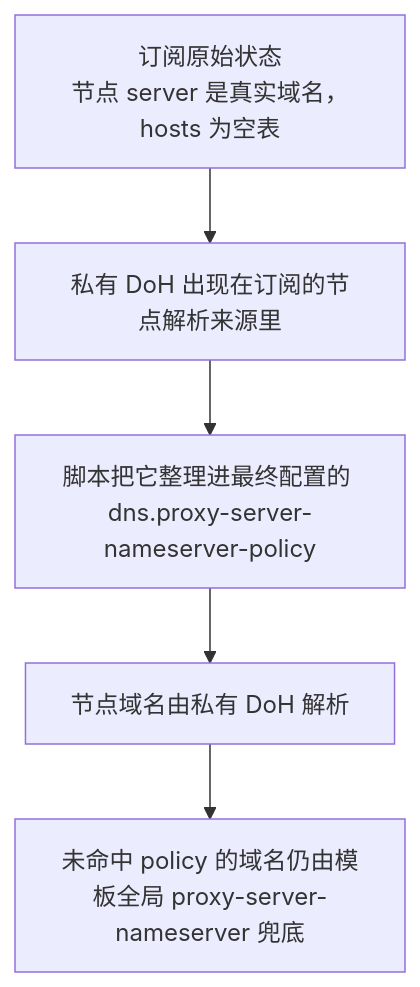
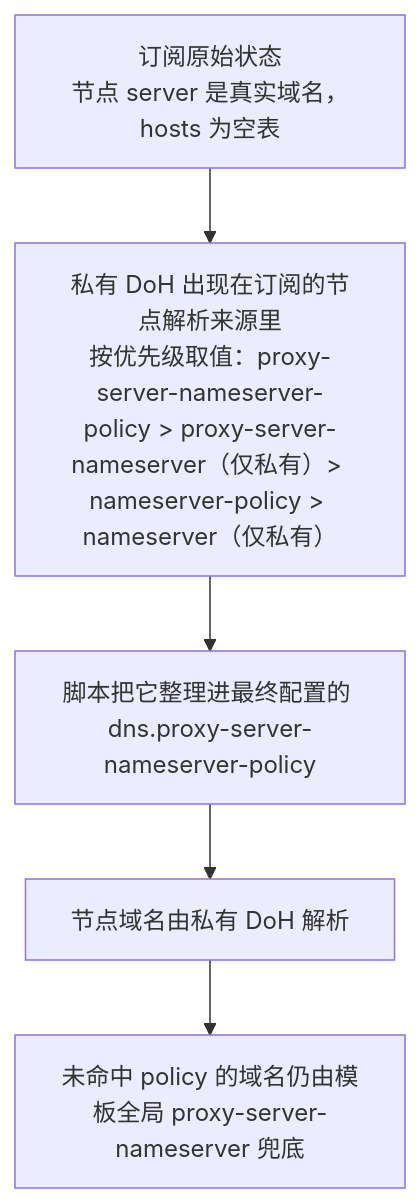
Before and after one commit to XVSVTsama/XVSVT-Clash-Config: the second of 9 diagrams in README.md, drawn with Mermaid.

Commit message:
State the node DNS priority in the private DoH flow

````diff
--- a/README.md
+++ b/README.md
@@ -131,8 +131,8 @@
 ```mermaid
 flowchart TD
   B1["订阅原始状态<br/>节点 server 是真实域名，hosts 为空表"]
-  B1 --> B2["私有 DoH 出现在订阅的节点解析来源里"]
+  B1 --> B2["私有 DoH 出现在订阅的节点解析来源里<br/>按优先级取值：proxy-server-nameserver-policy &gt; proxy-server-nameserver（仅私有）&gt; nameserver-policy &gt; nameserver（仅私有）"]
   B2 --> B3["脚本把它整理进最终配置的 dns.proxy-server-nameserver-policy"]
   B3 --> B4["节点域名由私有 DoH 解析"]
   B4 --> B5["未命中 policy 的域名仍由模板全局 proxy-server-nameserver 兜底"]
 ```
````
